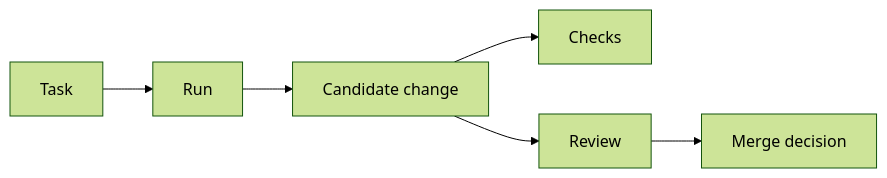
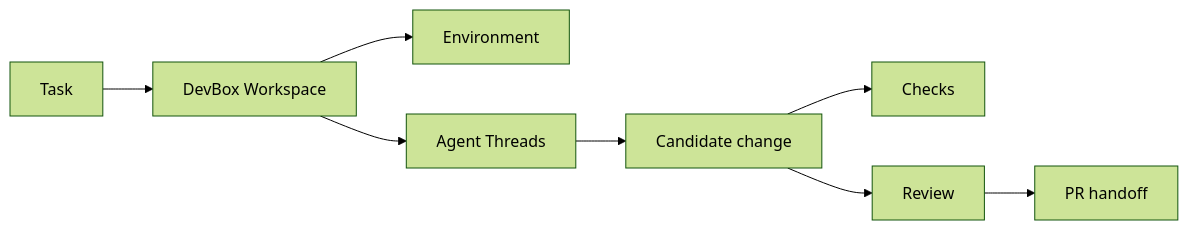
Before and after one commit to seasnoke/docs: the diagram in content/docs/core-concepts/index.mdx, drawn with Mermaid (forest theme). The commit also changed other lines of this file and 11 other files, not shown here.

````diff
--- a/content/docs/core-concepts/index.mdx
+++ b/content/docs/core-concepts/index.mdx
@@ -24,8 +24,10 @@
 ```mermaid
 flowchart LR
-  A[Task] --> B[Run]
-  B --> C[Candidate change]
-  C --> D[Checks]
-  C --> E[Review]
-  E --> F[Merge decision]
+  A[Task] --> B[DevBox Workspace]
+  B --> C[Environment]
+  B --> D[Agent Threads]
+  D --> E[Candidate change]
+  E --> F[Checks]
+  E --> G[Review]
+  G --> H[PR handoff]
 ```
````
